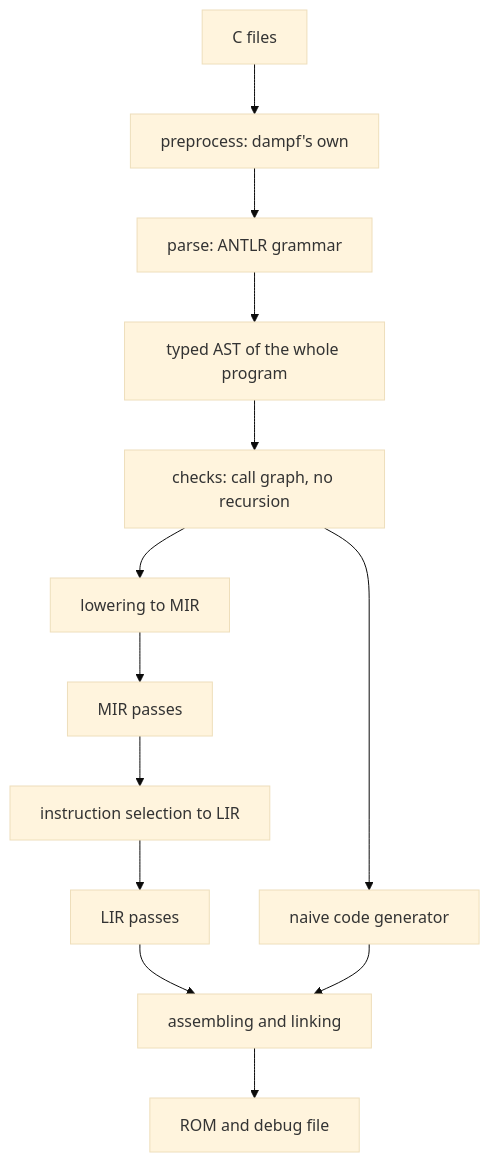
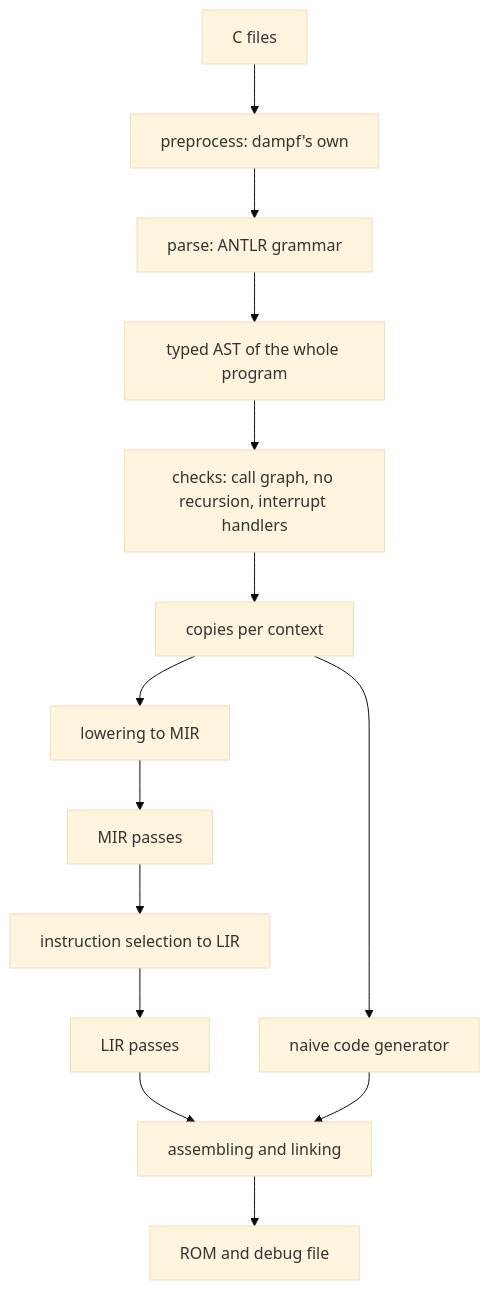
One commit to skerkewitz/superdevkit changed the diagram in docs/book/inside/how-a-compile-works.md. Above: the diagram before and after it, drawn with Mermaid (base theme). The commit also changed other lines of this file and 35 other files, not shown here.

````diff
--- a/docs/book/inside/how-a-compile-works.md
+++ b/docs/book/inside/how-a-compile-works.md
@@ -16,15 +16,16 @@
 ```mermaid
 flowchart TD
     C[C files] --> PP[preprocess: dampf's own]
     PP --> P[parse: ANTLR grammar]
     P --> AST[typed AST of the whole program]
-    AST --> CHK[checks: call graph, no recursion]
-    CHK --> LOW[lowering to MIR]
+    AST --> CHK[checks: call graph, no recursion, interrupt handlers]
+    CHK --> CP[copies per context]
+    CP --> LOW[lowering to MIR]
     LOW --> PASS[MIR passes]
     PASS --> SEL[instruction selection to LIR]
     SEL --> LP[LIR passes]
-    CHK --> NCG[naive code generator]
+    CP --> NCG[naive code generator]
     LP --> AS[assembling and linking]
     NCG --> AS
     AS --> ROM[ROM and debug file]
 ```
````
